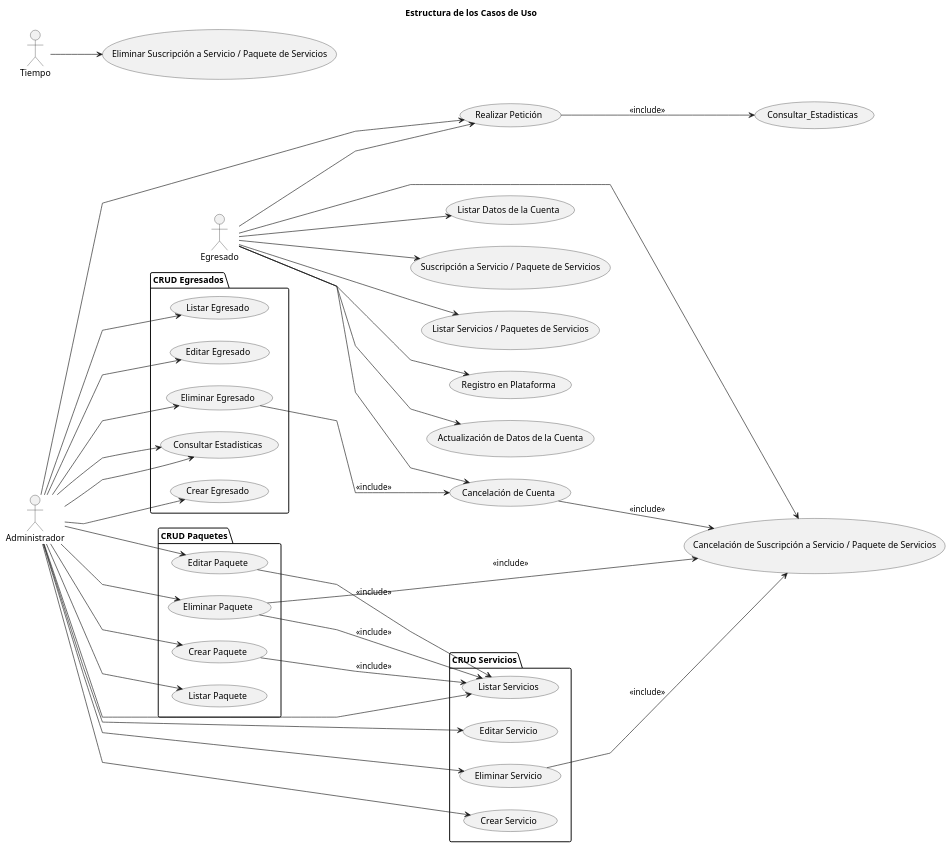
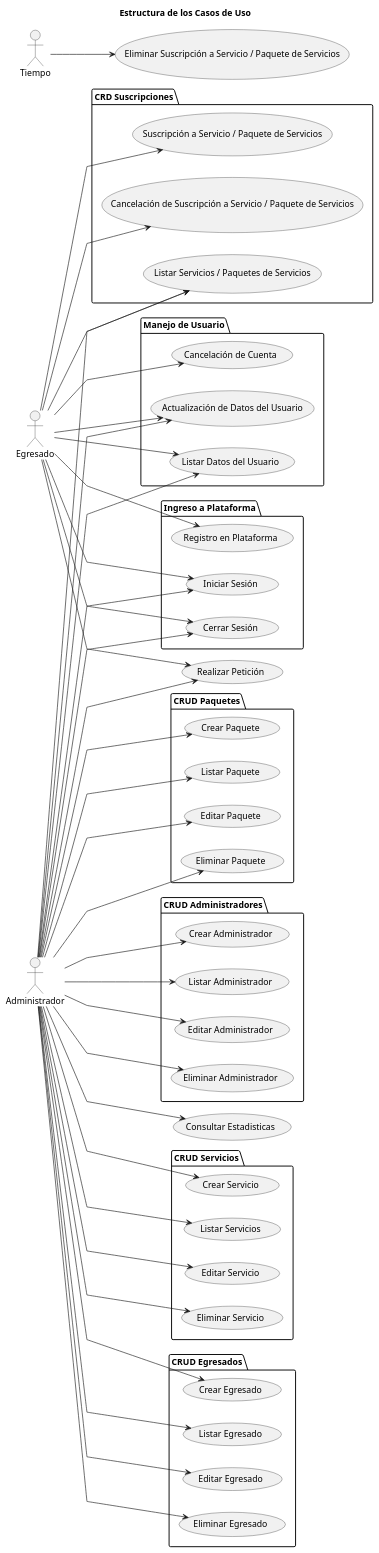
Before and after one commit to mmasias/23-24-IdSw1-SDR: the diagram in Caso_de_Uso/Estructura/Estructura.puml, drawn with PlantUML. The commit also changed 5 other files, not shown here.

```diff
--- a/Caso_de_Uso/Estructura/Estructura.puml
+++ b/Caso_de_Uso/Estructura/Estructura.puml
@@ -1,62 +1,84 @@
 @startuml Estructura
 
 title Estructura de los Casos de Uso
 
 skinparam {
     NoteBackgroundColor #whiteSmoke
     NoteBorderColor #green
     linetype polyline
 }
 
 left to right direction
 
 actor Egresado
 actor Administrador
 actor Tiempo
 
+Tiempo --> (Eliminar Suscripción a Servicio / Paquete de Servicios)
+
+Administrador --> (Consultar Estadisticas)
+
+folder "Manejo de Usuario" as cuentas {
+    Egresado --> (Actualización de Datos del Usuario)
+    Egresado --> (Cancelación de Cuenta)
+    Egresado --> (Listar Datos del Usuario)
+    Administrador --> (Actualización de Datos del Usuario)
+    Administrador --> (Listar Datos del Usuario)
+}
+
+folder "Ingreso a Plataforma" as ingreso {
+    Egresado --> (Registro en Plataforma)
+    Egresado --> (Iniciar Sesión)
+    Administrador --> (Iniciar Sesión)
+    Egresado --> (Cerrar Sesión)
+    Administrador --> (Cerrar Sesión)
+}
+
+folder "CRD Suscripciones" as CRDSuscripciones {
+    Egresado --> (Suscripción a Servicio / Paquete de Servicios)
+    Egresado --> (Cancelación de Suscripción a Servicio / Paquete de Servicios)
+    Egresado --> (Listar Servicios / Paquetes de Servicios)
+    Administrador --> (Listar Servicios / Paquetes de Servicios)
+}
+
 folder "CRUD Servicios" as CRUDServicios {
     Administrador --> (Crear Servicio)
     Administrador --> (Listar Servicios)
     Administrador --> (Editar Servicio)
     Administrador --> (Eliminar Servicio)
 }
 
 folder "CRUD Egresados" as CRUDEgresados {
     Administrador --> (Crear Egresado)
     Administrador --> (Listar Egresado)
     Administrador --> (Editar Egresado)
     Administrador --> (Eliminar Egresado)
-    Administrador --> (Consultar Estadisticas)
 }
 
 folder "CRUD Paquetes" as CRUDPaquetes {
     Administrador --> (Crear Paquete)
     Administrador --> (Listar Paquete)
     Administrador --> (Editar Paquete)
     Administrador --> (Eliminar Paquete)
 }
 
+folder "CRUD Administradores" as CRUDAdministradores {
+    Administrador --> (Crear Administrador)
+    Administrador --> (Listar Administrador)
+    Administrador --> (Editar Administrador)
+    Administrador --> (Eliminar Administrador)
+}
+
 Administrador --> (Realizar Petición)
-Administrador --> (Consultar Estadisticas)
-
-Egresado --> (Registro en Plataforma)
-Egresado --> (Cancelación de Cuenta)
-Egresado --> (Actualización de Datos de la Cuenta)
-Egresado --> (Listar Datos de la Cuenta)
-Egresado --> (Suscripción a Servicio / Paquete de Servicios)
-Egresado --> (Cancelación de Suscripción a Servicio / Paquete de Servicios)
-Egresado --> (Listar Servicios / Paquetes de Servicios)
 Egresado --> (Realizar Petición)
 
-Tiempo --> (Eliminar Suscripción a Servicio / Paquete de Servicios)
-
-(Realizar Petición) --> (Consultar_Estadisticas) : <<include>>
-(Eliminar Egresado) --> (Cancelación de Cuenta) : <<include>>
-(Cancelación de Cuenta) --> (Cancelación de Suscripción a Servicio / Paquete de Servicios) : <<include>>
-(Eliminar Paquete) --> (Listar Servicios) : <<include>>
-(Eliminar Paquete) --> (Cancelación de Suscripción a Servicio / Paquete de Servicios) : <<include>>
-(Editar Paquete) --> (Listar Servicios) : <<include>>
-(Crear Paquete) --> (Listar Servicios) : <<include>>
-(Eliminar Servicio) --> (Cancelación de Suscripción a Servicio / Paquete de Servicios) : <<include>>
+'(Consultar Estadisticas) --> (Realizar Petición) : <<include>>
+'(Eliminar Egresado) --> (Cancelación de Cuenta) : <<include>>
+'(Cancelación de Cuenta) --> (Cancelación de Suscripción a Servicio / Paquete de Servicios) : <<include>>
+'(Eliminar Paquete) --> (Listar Servicios) : <<include>>
+'(Eliminar Paquete) --> (Cancelación de Suscripción a Servicio / Paquete de Servicios) : <<include>>
+'(Editar Paquete) --> (Listar Servicios) : <<include>>
+'(Crear Paquete) --> (Listar Servicios) : <<include>>
+'(Eliminar Servicio) --> (Cancelación de Suscripción a Servicio / Paquete de Servicios) : <<include>>
 
 @enduml
```
